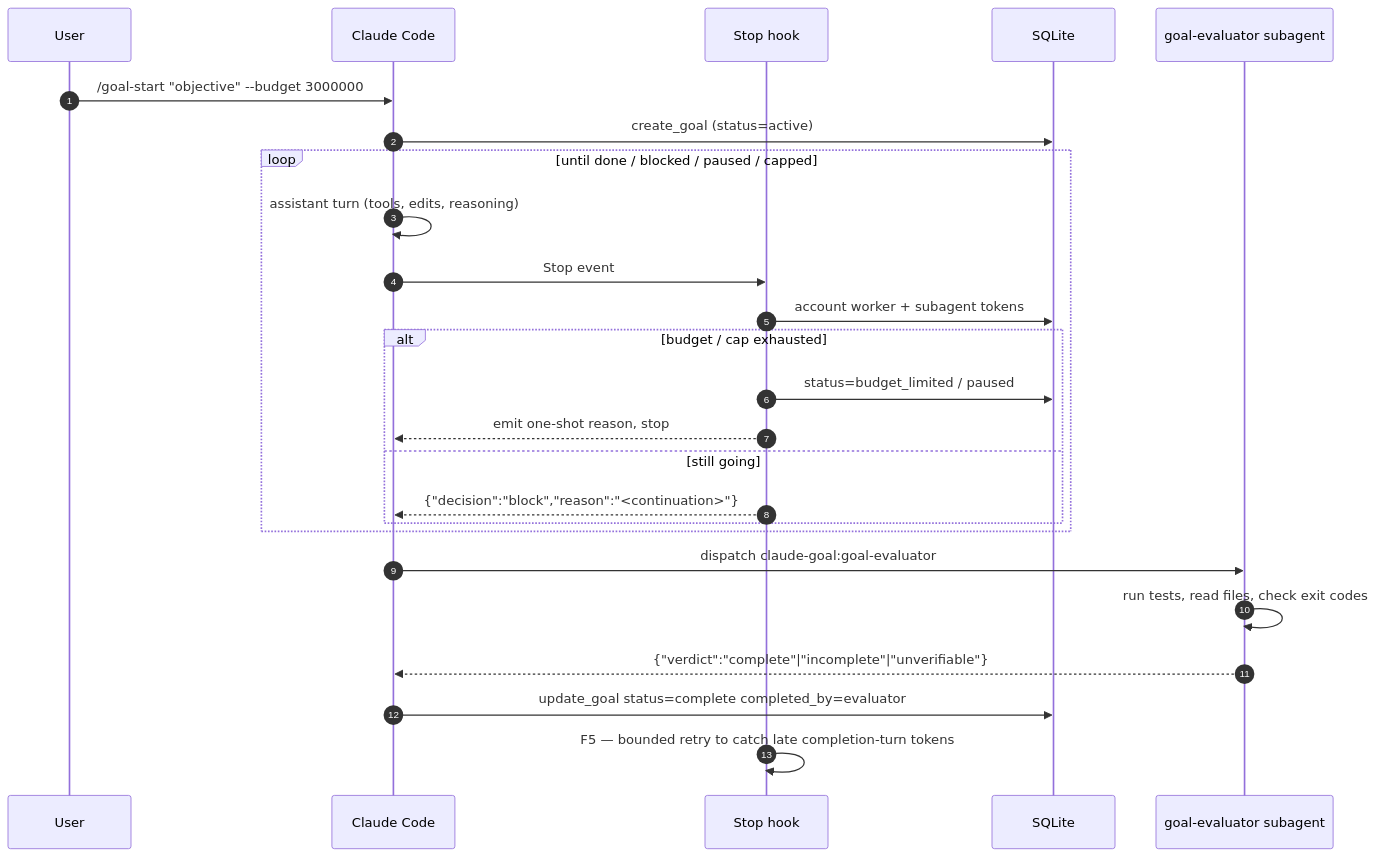
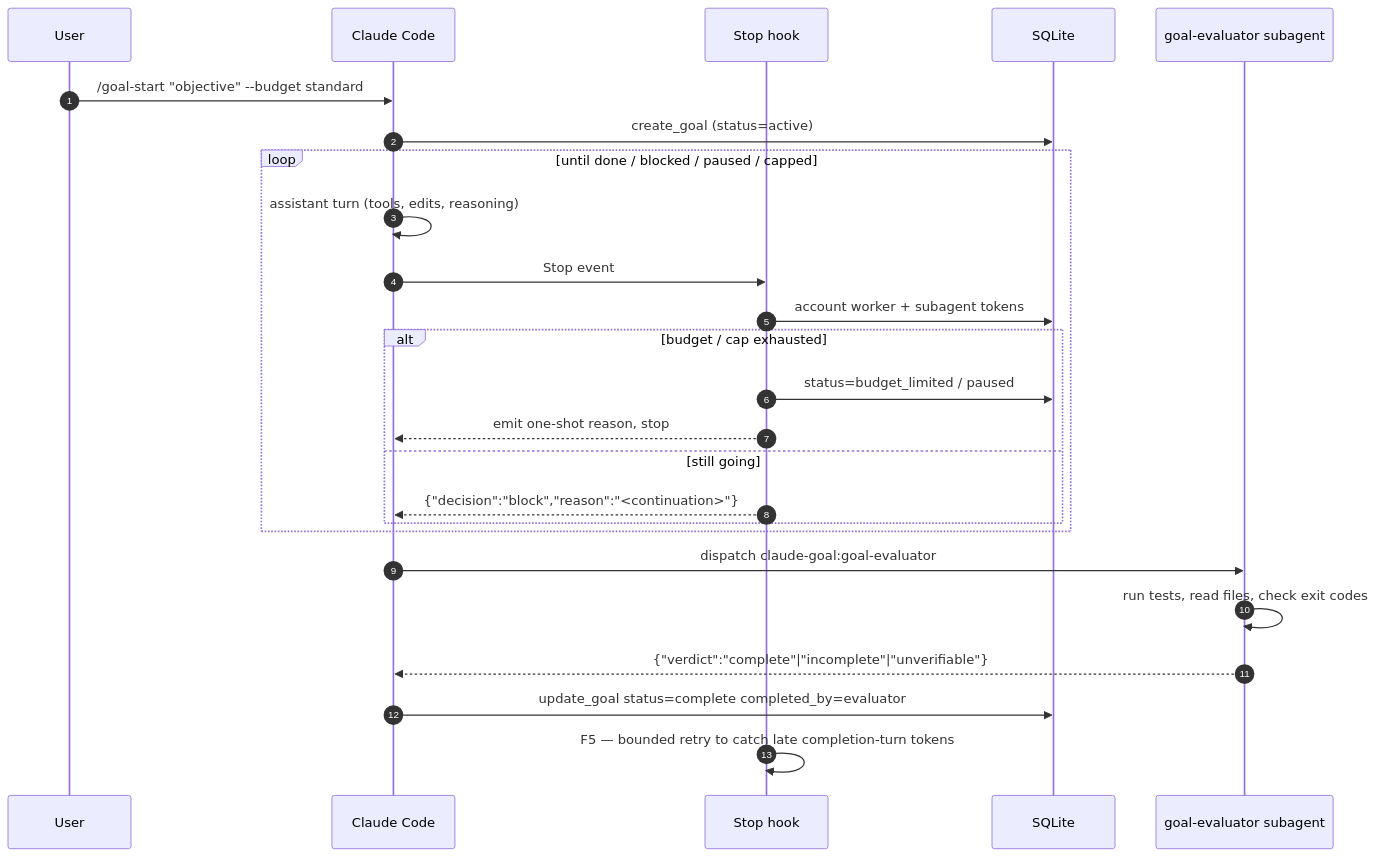
Before and after one commit to nuko-nova-dynamics/claude-goal: the diagram in README.md, drawn with Mermaid. The commit also changed other lines of this file and 23 other files, not shown here.

Commit message:
Add smart goal budget profiles

````diff
--- a/README.md
+++ b/README.md
@@ -79,28 +78,28 @@
 ```mermaid
 sequenceDiagram
     autonumber
     participant User
     participant CC as Claude Code
     participant Hook as Stop hook
     participant DB as SQLite
     participant Eval as goal-evaluator subagent
 
-    User->>CC: /goal-start "objective" --budget 3000000
+    User->>CC: /goal-start "objective" --budget standard
     CC->>DB: create_goal (status=active)
     loop until done / blocked / paused / capped
         CC->>CC: assistant turn (tools, edits, reasoning)
         CC->>Hook: Stop event
         Hook->>DB: account worker + subagent tokens
         alt budget / cap exhausted
             Hook->>DB: status=budget_limited / paused
             Hook-->>CC: emit one-shot reason, stop
         else still going
             Hook-->>CC: {"decision":"block","reason":"<continuation>"}
         end
     end
     CC->>Eval: dispatch claude-goal:goal-evaluator
     Eval->>Eval: run tests, read files, check exit codes
     Eval-->>CC: {"verdict":"complete"|"incomplete"|"unverifiable"}
     CC->>DB: update_goal status=complete completed_by=evaluator
     Hook->>Hook: F5 — bounded retry to catch late completion-turn tokens
 ```
````
